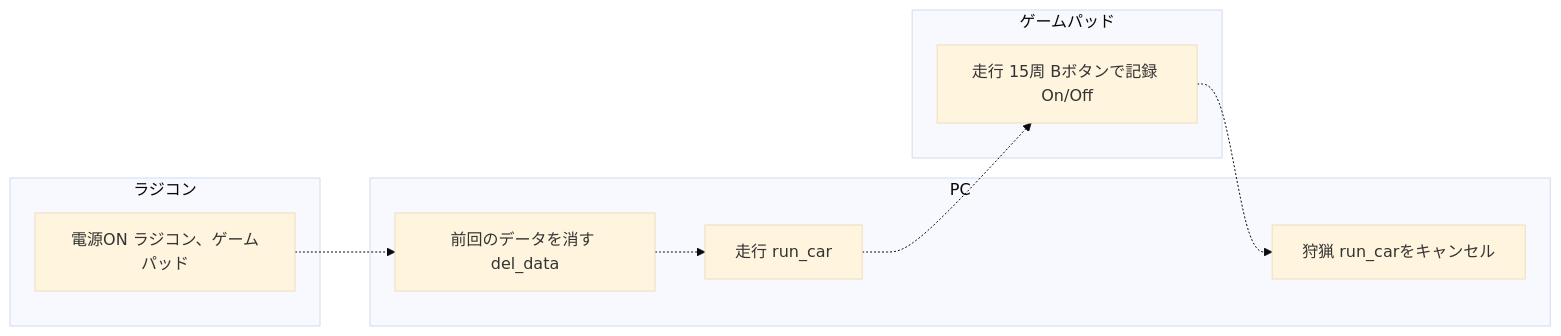
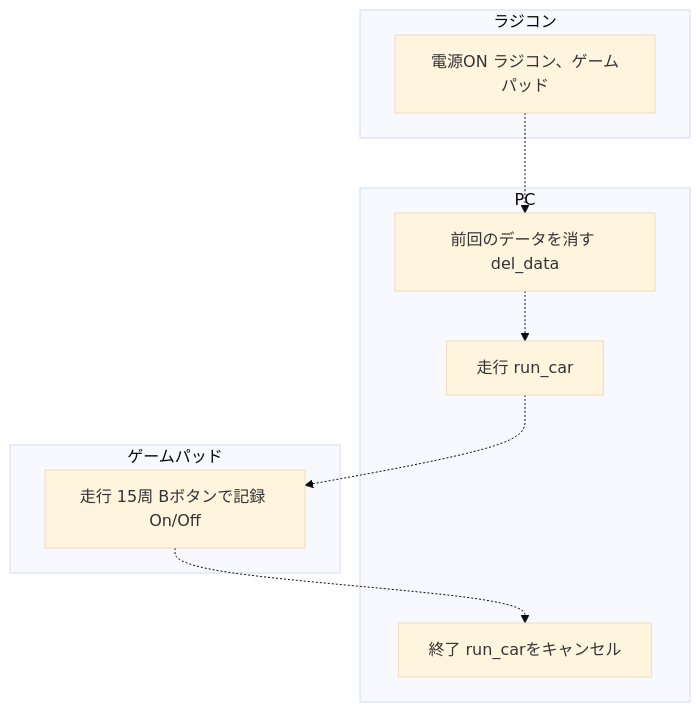
One commit to KwikHangout/AI-RC changed the second of 6 diagrams in SkipCity2024/doc/content/environment/jetson.md. Above: the diagram before and after it, drawn with Mermaid (base theme). The commit also changed other lines of this file and 2 other files, not shown here.

````diff
--- a/SkipCity2024/doc/content/environment/jetson.md
+++ b/SkipCity2024/doc/content/environment/jetson.md
@@ -85,23 +90,23 @@
     ```mermaid
-    graph LR
+    graph TB
 
     subgraph ラジコン
       hw[電源ON ラジコン、ゲームパッド]
     end
 
     subgraph PC
       del[前回のデータを消す del_data]
       run[走行 run_car]
-      stop[狩猟 run_carをキャンセル]
+      stop[終了 run_carをキャンセル]
     end
 
       hw -.-> del
       del -.-> run
 
     subgraph ゲームパッド
       drive[走行 15周 Bボタンで記録 On/Off]
     end
 
     run -.->drive
     drive -.-> stop
     ```
````
